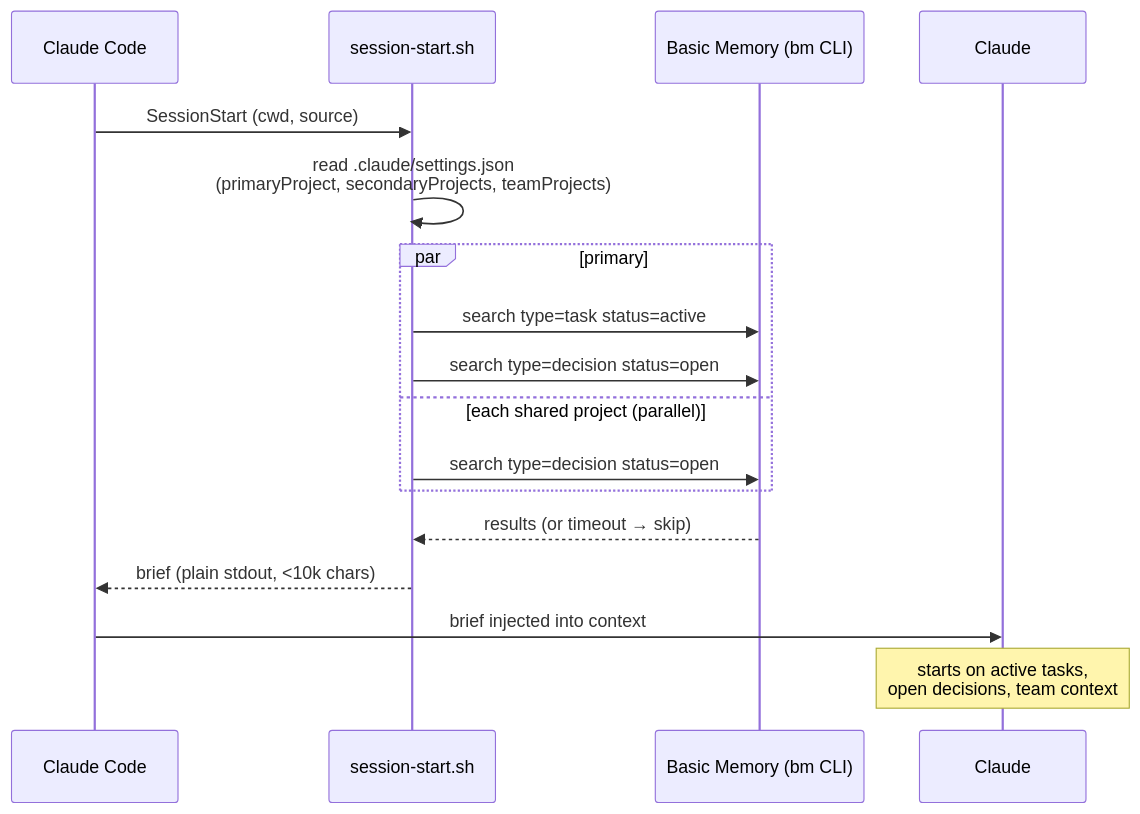
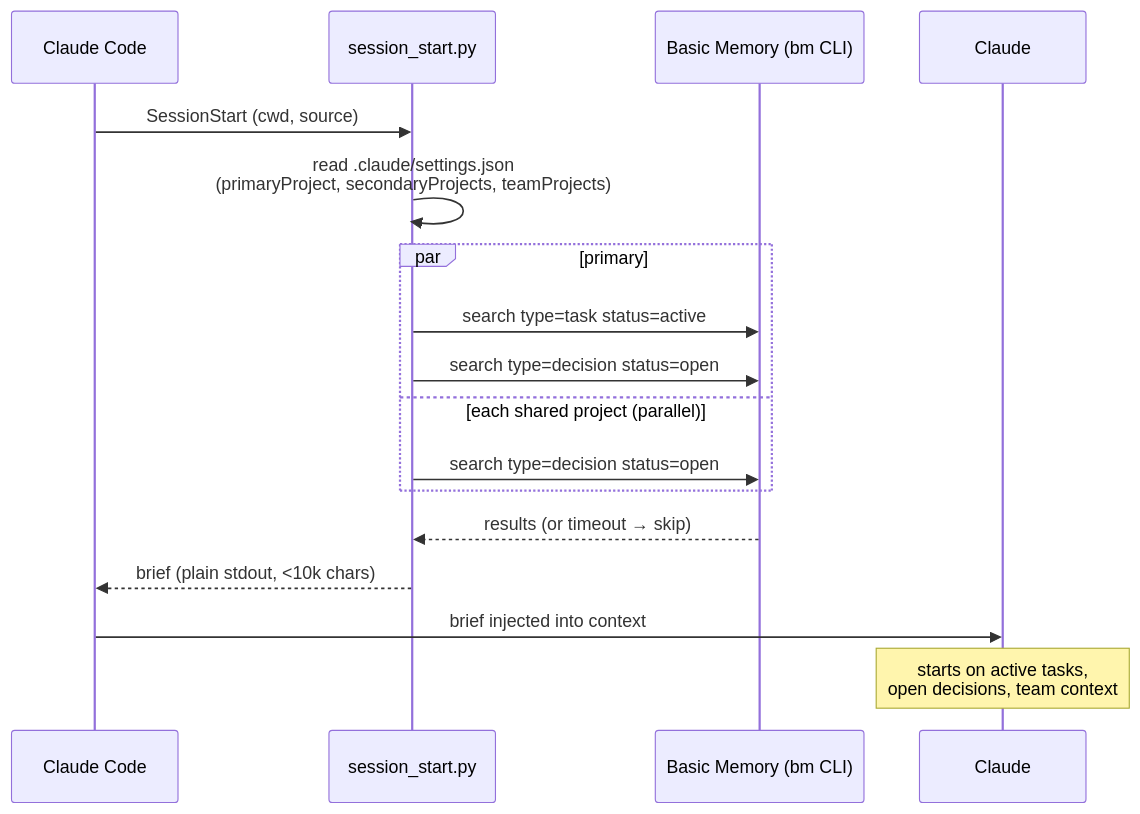
Before and after one commit to pchaganti/gx-basic-memory: the third of 6 diagrams in plugins/claude-code/docs/architecture.md, drawn with Mermaid. The commit also changed other lines of this file and 56 other files, not shown here.

````diff
--- a/plugins/claude-code/docs/architecture.md
+++ b/plugins/claude-code/docs/architecture.md
@@ -59,20 +59,20 @@
 ```mermaid
 sequenceDiagram
     participant CC as Claude Code
-    participant H as session-start.sh
+    participant H as session_start.py
     participant BM as Basic Memory (bm CLI)
     participant C as Claude
 
     CC->>H: SessionStart (cwd, source)
     H->>H: read .claude/settings.json<br/>(primaryProject, secondaryProjects, teamProjects)
     par primary
         H->>BM: search type=task status=active
         H->>BM: search type=decision status=open
     and each shared project (parallel)
         H->>BM: search type=decision status=open
     end
     BM-->>H: results (or timeout → skip)
     H-->>CC: brief (plain stdout, <10k chars)
     CC->>C: brief injected into context
     Note over C: starts on active tasks,<br/>open decisions, team context
 ```
````
